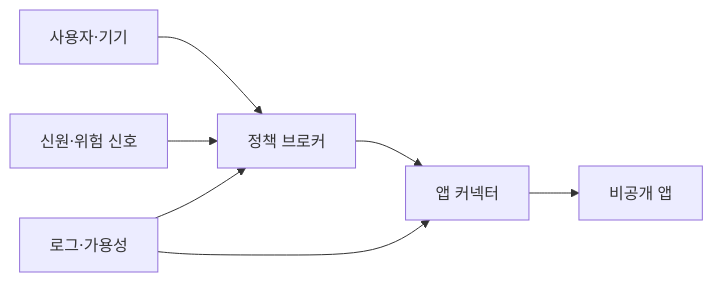
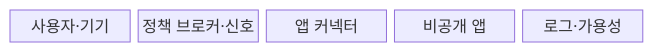
The first of 2 diagrams in src/content/docs/notes/05-security/064_ztna.md (agnusdei1207/knowledge-base), drawn with Mermaid before and after one commit. The commit also changed other lines of this file and 5 other files, not shown here.

````diff
--- a/src/content/docs/notes/05-security/064_ztna.md
+++ b/src/content/docs/notes/05-security/064_ztna.md
@@ -58,9 +60,9 @@
 ```mermaid
-flowchart LR
-    A[사용자·기기] --> B[정책 브로커]
-    C[신원·위험 신호] --> B
-    B --> D[앱 커넥터]
-    D --> E[비공개 앱]
-    F[로그·가용성] --> B
-    F --> D
+block-beta
+  columns 5
+  A["사용자·기기"]
+  B["정책 브로커·신호"]
+  C["앱 커넥터"]
+  D["비공개 앱"]
+  E["로그·가용성"]
 ```
````
